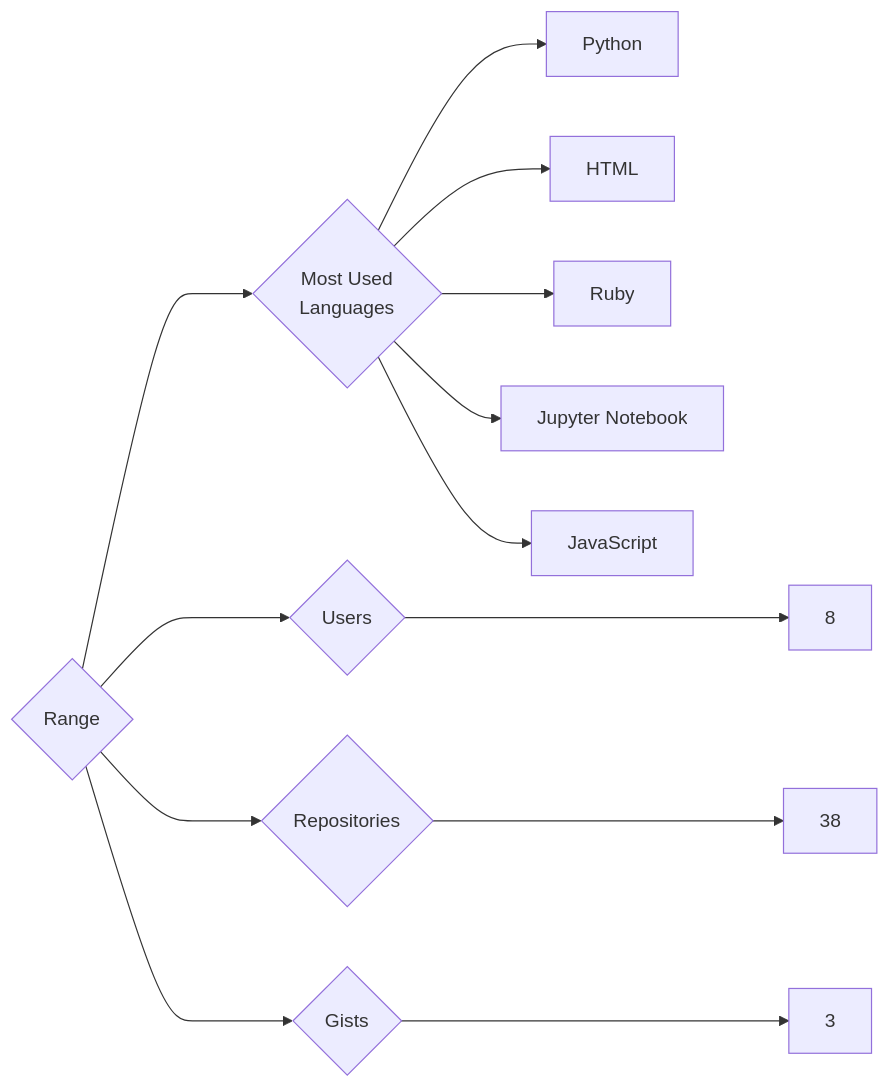
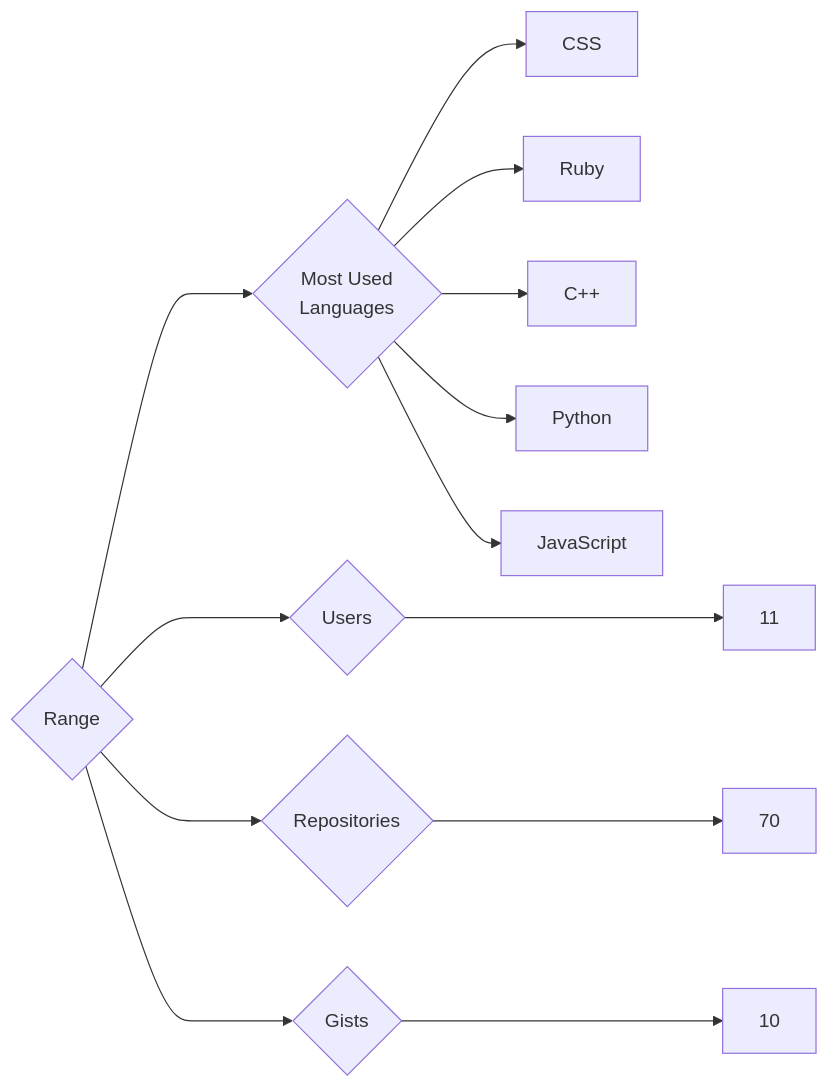
Before and after one commit to trickest/insiders: the diagram in targets/Range/README.md, drawn with Mermaid. The commit also changed 1479 other files, not shown here.

````diff
--- a/targets/Range/README.md
+++ b/targets/Range/README.md
@@ -3,13 +3,13 @@
 ```mermaid
 graph LR
 COMPANY_NAME{Range}
-COMPANY_NAME ---> U{Users} ---> UN[8]
-COMPANY_NAME ---> R{Repositories} ---> RN[38]
-COMPANY_NAME ---> G{Gists} ---> GN[3]
+COMPANY_NAME ---> U{Users} ---> UN[11]
+COMPANY_NAME ---> R{Repositories} ---> RN[70]
+COMPANY_NAME ---> G{Gists} ---> GN[10]
 COMPANY_NAME ---> ML{Most Used<br>Languages}
+ML --> CSS[CSS]
+ML --> Ruby[Ruby]
+ML --> C++[C++]
 ML --> Python[Python]
-ML --> HTML[HTML]
-ML --> Ruby[Ruby]
-ML --> Jupyter_Notebook[Jupyter Notebook]
 ML --> JavaScript[JavaScript]
 ```
````
